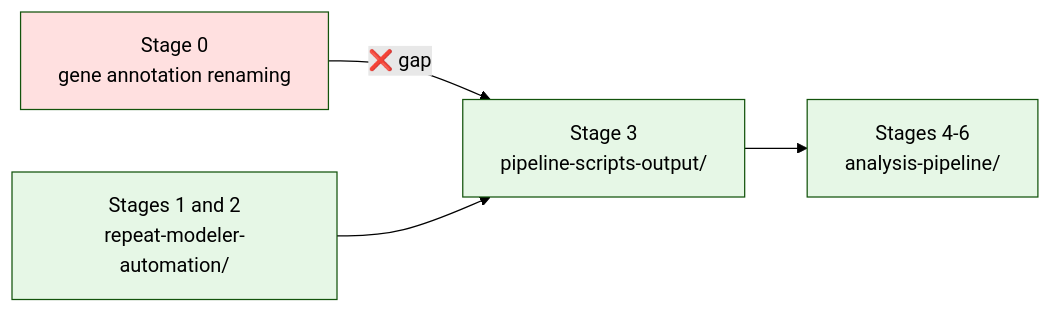
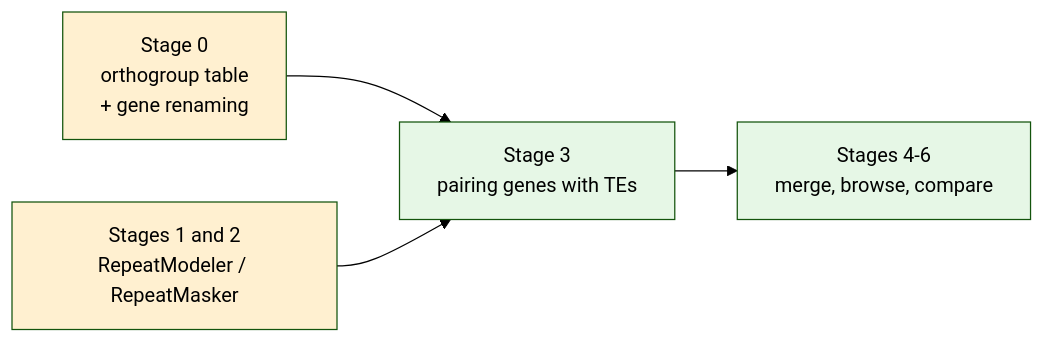
One commit to 0foo/cyp-project-forensics changed the second of 2 diagrams in docs/pipeline/simple/01-what-it-does.md. Above: the diagram before and after it, drawn with Mermaid (forest theme). The commit also changed other lines of this file and 243 other files, not shown here.

````diff
--- a/docs/pipeline/simple/01-what-it-does.md
+++ b/docs/pipeline/simple/01-what-it-does.md
@@ -95,11 +99,11 @@
 ```mermaid
 flowchart LR
-    Z["Stage 0<br/>gene annotation renaming"] -->|"❌ gap"| C
-    A["Stages 1 and 2<br/>repeat-modeler-automation/"] --> C["Stage 3<br/>pipeline-scripts-output/"]
-    C --> D["Stages 4-6<br/>analysis-pipeline/"]
+    Z["Stage 0<br/>orthogroup table<br/>+ gene renaming"] --> C
+    A["Stages 1 and 2<br/>RepeatModeler / RepeatMasker"] --> C["Stage 3<br/>pairing genes with TEs"]
+    C --> D["Stages 4-6<br/>merge, browse, compare"]
 
-    style Z fill:#ffe0e0
-    style A fill:#e6f7e6
+    style Z fill:#fff0d0
+    style A fill:#fff0d0
     style C fill:#e6f7e6
     style D fill:#e6f7e6
 ```
````
